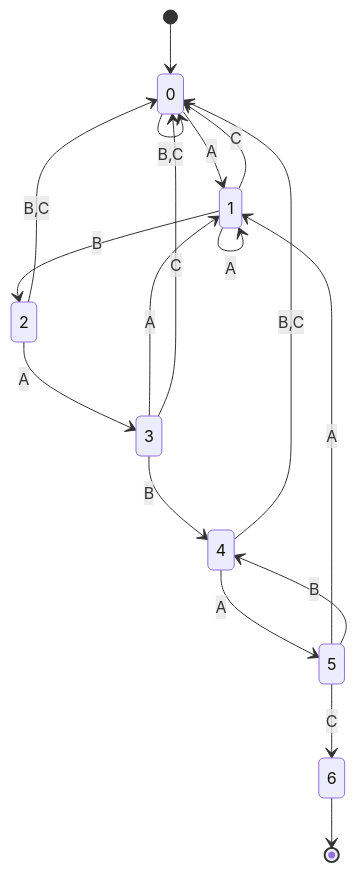
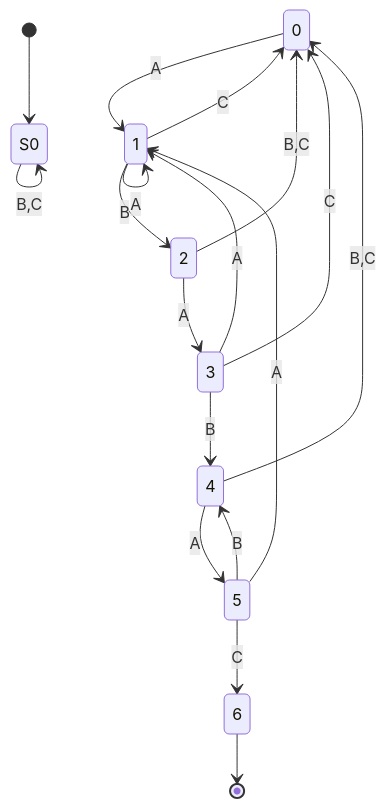
The third of 3 diagrams in _posts/2021-04-20-KMP.md (miaozhuojun/miaozhuojun.github.io), drawn with Mermaid before and after one commit. The commit also changed other lines of this file, not shown here.

```diff
--- a/_posts/2021-04-20-KMP.md
+++ b/_posts/2021-04-20-KMP.md
@@ -80,20 +80,20 @@
 <div class="mermaid">
 stateDiagram
-  [*] --> 0
-  0 --> 0 : B,C
+  [*] --> S0
+  S0 --> S0 : B,C
   0 --> 1 : A
   1 --> 1 : A
   1 --> 0 : C
   1 --> 2 : B
   2 --> 0 : B,C
   2 --> 3 : A
   3 --> 1 : A
   3 --> 0 : C
   3 --> 4 : B
   4 --> 0 : B,C
   4 --> 5 : A
   5 --> 1 : A
   5 --> 4 : B
   5 --> 6 : C
   6 --> [*]
 </div>
```
